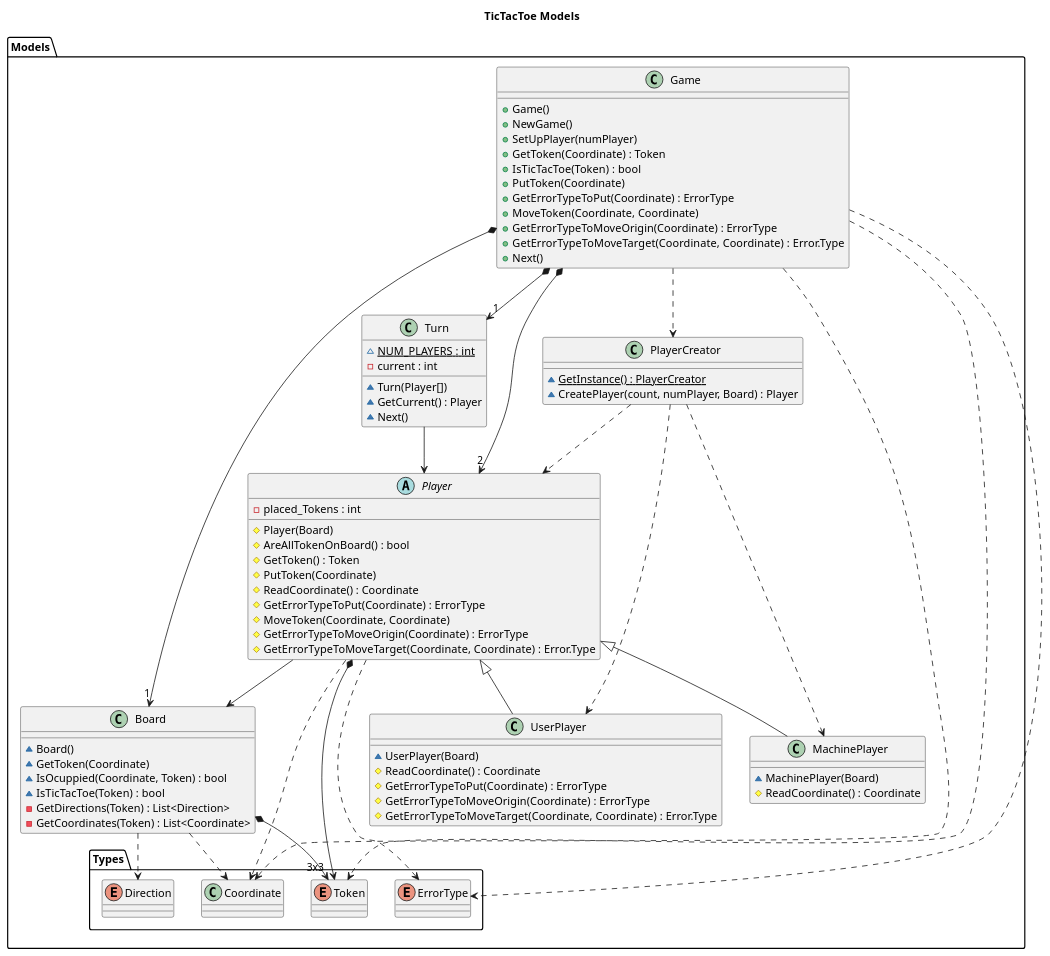
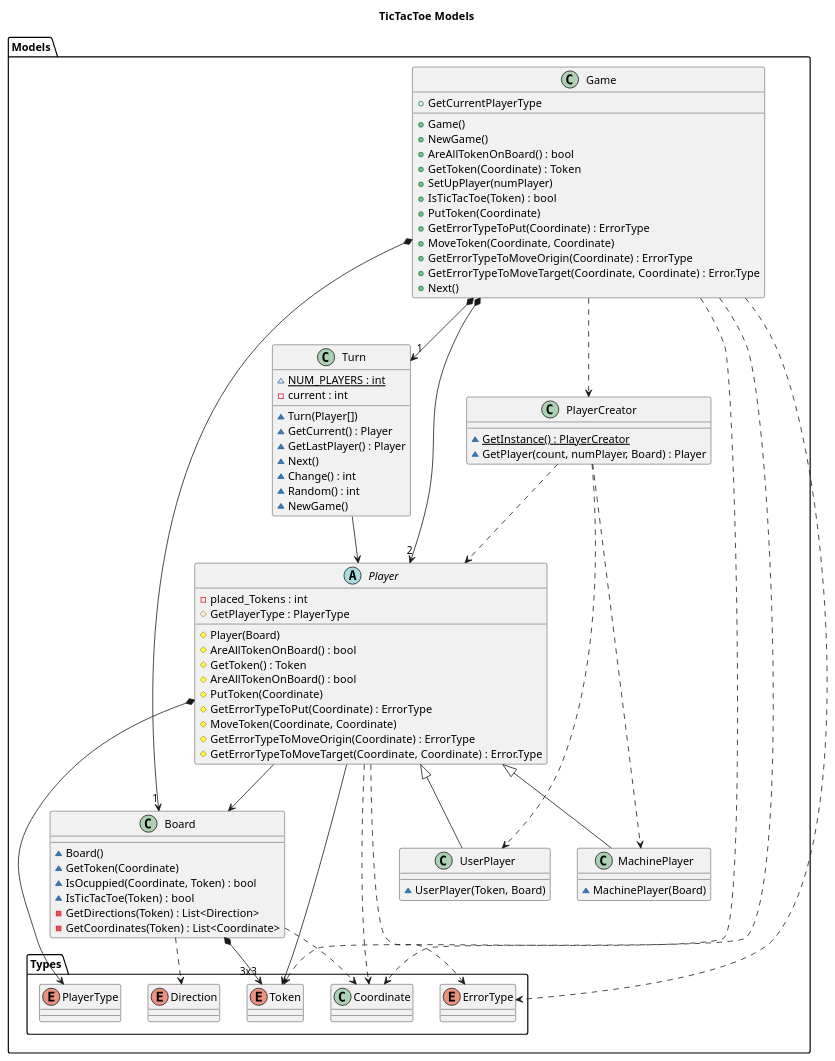
One commit to franpaulinoinfante/MasterSoftwareDevelopment changed the diagram in src/TicTacToe/DocumentView/Basic/Docs/TicTacToeModels.plantuml. Above: the diagram before and after it, drawn with PlantUML. The commit also changed 4 other files, not shown here.

```diff
--- a/src/TicTacToe/DocumentView/Basic/Docs/TicTacToeModels.plantuml
+++ b/src/TicTacToe/DocumentView/Basic/Docs/TicTacToeModels.plantuml
@@ -1,92 +1,96 @@
 @startuml TicTacToeModels
 title TicTacToe Models
 namespace Models{
     class Game{
         +Game()
+        +GetCurrentPlayerType
         +NewGame()
+        +AreAllTokenOnBoard() : bool
+        +GetToken(Coordinate) : Token
         +SetUpPlayer(numPlayer)
-        +GetToken(Coordinate) : Token
         +IsTicTacToe(Token) : bool
         +PutToken(Coordinate)
         +GetErrorTypeToPut(Coordinate) : ErrorType
         +MoveToken(Coordinate, Coordinate)
         +GetErrorTypeToMoveOrigin(Coordinate) : ErrorType
         +GetErrorTypeToMoveTarget(Coordinate, Coordinate) : Error.Type
         +Next()
     }
     Game *--> "1" Board
     Game *--> "2" Player
     Game *--> "1" Turn
     Game ..> Types.Token
     Game ..> Types.Coordinate
     Game ..> Types.ErrorType
     Game ..> PlayerCreator
 
     class Turn {
         ~{static} NUM_PLAYERS : int
         -current : int
         ~Turn(Player[])
         ~GetCurrent() : Player
+        ~GetLastPlayer() : Player
         ~Next()
+        ~Change() : int
+        ~Random() : int
+        ~NewGame() 
     }
     Turn --> Player
 
     abstract Player{
         -placed_Tokens : int
         #Player(Board)
         #AreAllTokenOnBoard() : bool
         #GetToken() : Token
+        #GetPlayerType : PlayerType
+        #AreAllTokenOnBoard() : bool
         #PutToken(Coordinate)
-        #ReadCoordinate() : Coordinate
         #GetErrorTypeToPut(Coordinate) : ErrorType
         #MoveToken(Coordinate, Coordinate)
         #GetErrorTypeToMoveOrigin(Coordinate) : ErrorType
         #GetErrorTypeToMoveTarget(Coordinate, Coordinate) : Error.Type
     }
-    Player *--> Types.Token
+    Player --> Types.Token
     Player --> Board
+    Player *--> Types.PlayerType
     Player <|-- UserPlayer
     Player <|-- MachinePlayer
     Player ..> Types.Coordinate
     Player ..> Types.ErrorType
 
     class UserPlayer{
-        ~UserPlayer(Board)
-        #ReadCoordinate() : Coordinate
-        #GetErrorTypeToPut(Coordinate) : ErrorType
-        #GetErrorTypeToMoveOrigin(Coordinate) : ErrorType
-        #GetErrorTypeToMoveTarget(Coordinate, Coordinate) : Error.Type
+        ~UserPlayer(Token, Board)
     }
 
     class MachinePlayer{
         ~MachinePlayer(Board)
-        #ReadCoordinate() : Coordinate
     }
 
     class PlayerCreator{
         ~{static} GetInstance() : PlayerCreator
-        ~CreatePlayer(count, numPlayer, Board) : Player
+        ~GetPlayer(count, numPlayer, Board) : Player
     }
     PlayerCreator ..> Player
     PlayerCreator ..> UserPlayer
     PlayerCreator ..> MachinePlayer
 
     class Board{
         ~Board()
         ~GetToken(Coordinate)
         ~IsOcuppied(Coordinate, Token) : bool
         ~IsTicTacToe(Token) : bool
         -GetDirections(Token) : List<Direction>
         -GetCoordinates(Token) : List<Coordinate>
     }
     Board *--> "3x3" Types.Token
     Board ..> Types.Coordinate
     Board ..> Types.Direction
     
 
     enum Types.ErrorType {}
     enum Types.Token{}
     enum Types.Direction
+    enum Types.PlayerType
 
 }
 @enduml
```
